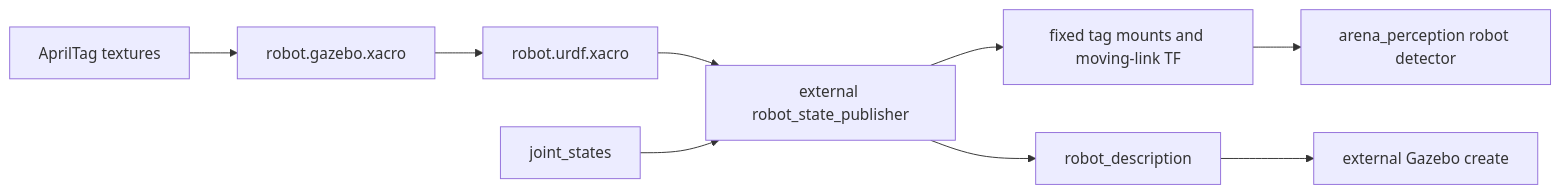
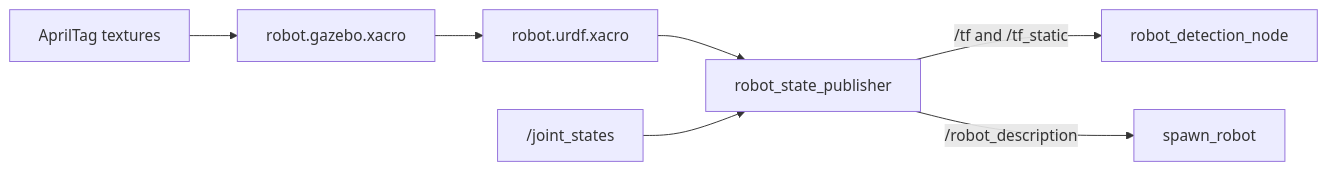
Before and after one commit to eubotx/robofetz_as: the diagram in docs/packages/robot_description.md, drawn with Mermaid. The commit also changed other lines of this file and 22 other files, not shown here.

````diff
--- a/docs/packages/robot_description.md
+++ b/docs/packages/robot_description.md
@@ -59,11 +65,9 @@
 ```mermaid
 flowchart LR
-  URDF[robot.urdf.xacro] --> RSP[external robot_state_publisher]
+  URDF[robot.urdf.xacro] --> RSP["robot_state_publisher"]
   GZ[robot.gazebo.xacro] --> URDF
   Textures[AprilTag textures] --> GZ
-  JointStates[joint_states] --> RSP
-  RSP --> Mounts[fixed tag mounts and moving-link TF]
-  RSP --> Description[robot_description]
-  Description --> Spawn[external Gazebo create]
-  Mounts --> Detector[arena_perception robot detector]
+  JointStates["/joint_states"] --> RSP
+  RSP -->|"/tf and /tf_static"| Detector["robot_detection_node"]
+  RSP -->|"/robot_description"| Spawn["spawn_robot"]
 ```
````
